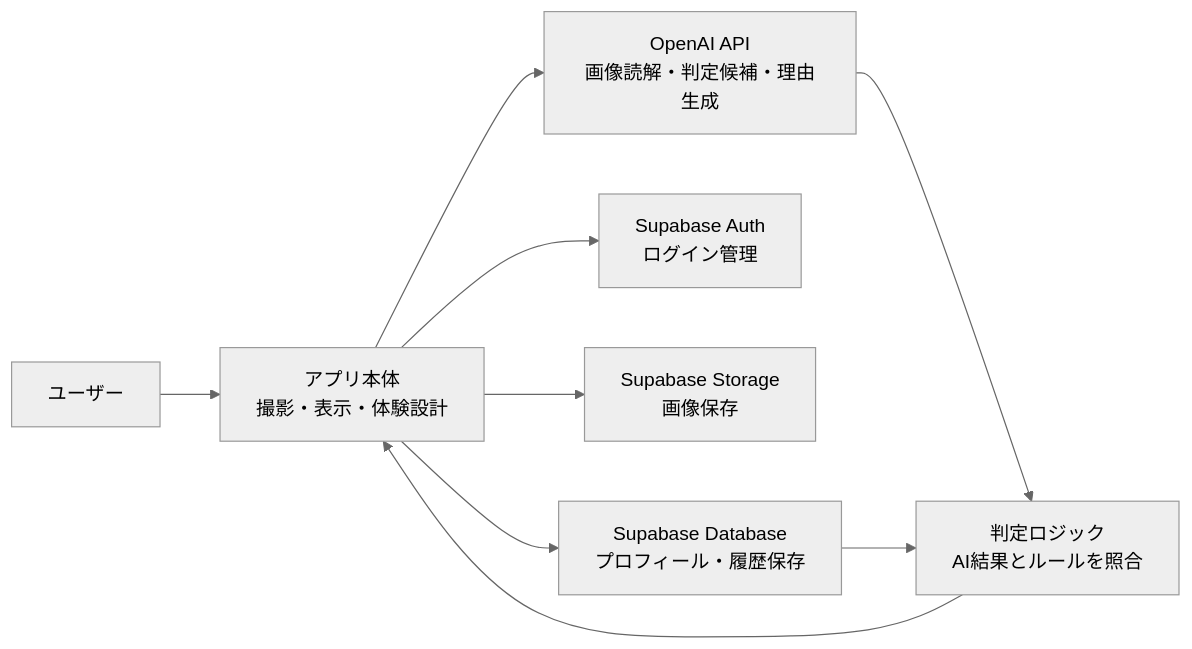
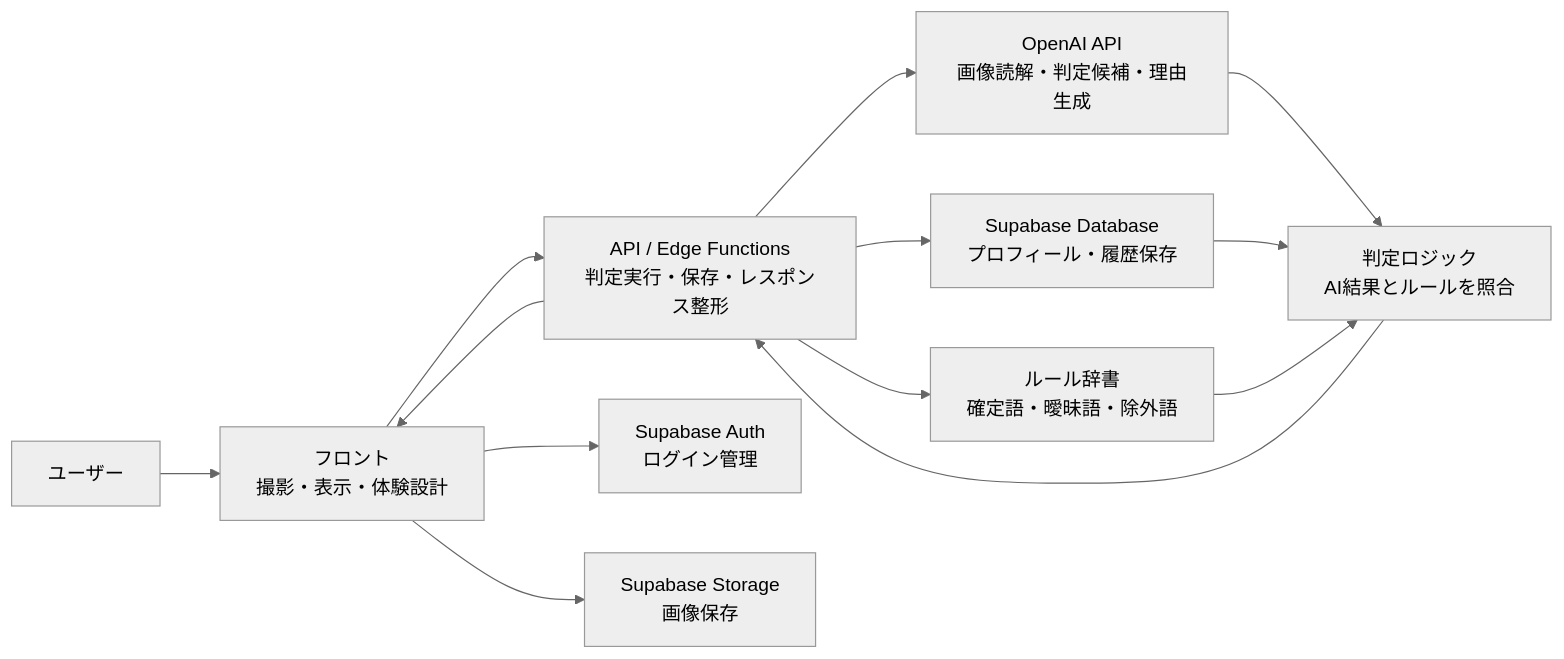
The first of 3 diagrams in docs/portfolio-system-overview.md (hrkshz/allergy-support-app), drawn with Mermaid (neutral theme) before and after one commit. The commit also changed other lines of this file and 2 other files, not shown here.

Commit message:
Clarify docs architecture and data flow

````diff
--- a/docs/portfolio-system-overview.md
+++ b/docs/portfolio-system-overview.md
@@ -83,19 +87,25 @@
 ```mermaid
 flowchart LR
     U[ユーザー]
-    A[アプリ本体<br/>撮影・表示・体験設計]
+    F[フロント<br/>撮影・表示・体験設計]
+    API[API / Edge Functions<br/>判定実行・保存・レスポンス整形]
     O[OpenAI API<br/>画像読解・判定候補・理由生成]
     SA[Supabase Auth<br/>ログイン管理]
     SS[Supabase Storage<br/>画像保存]
     SD[Supabase Database<br/>プロフィール・履歴保存]
+    D[ルール辞書<br/>確定語・曖昧語・除外語]
     R[判定ロジック<br/>AI結果とルールを照合]
 
-    U --> A
-    A --> SA
-    A --> SS
-    A --> O
-    A --> SD
+    U --> F
+    F --> SA
+    F --> SS
+    F --> API
+    API --> O
+    API --> SD
+    API --> D
     O --> R
     SD --> R
-    R --> A
+    D --> R
+    R --> API
+    API --> F
 ```
````
